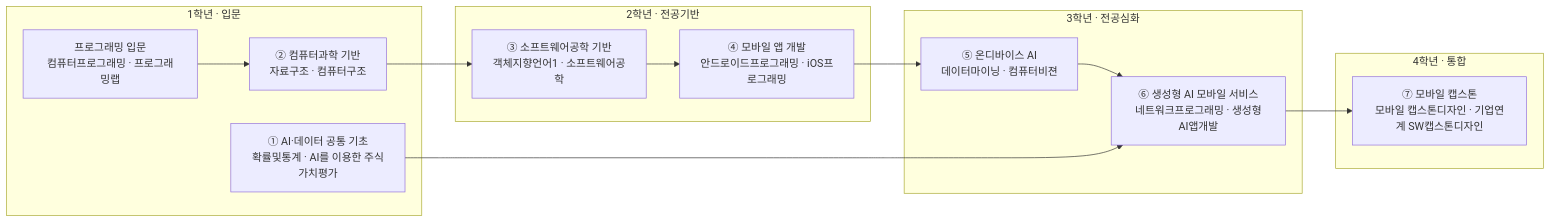
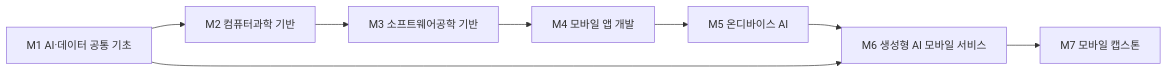
The diagram in docs/it/mobile-software.md (parclab-hsu/ai-curriculum-2026), drawn with Mermaid before and after one commit. The commit also changed other lines of this file and 22 other files, not shown here.

````diff
--- a/docs/it/mobile-software.md
+++ b/docs/it/mobile-software.md
@@ -126,21 +138,5 @@
 ```mermaid
 flowchart LR
-  subgraph Y1["1학년 · 입문"]
-    A0["프로그래밍 입문<br/>컴퓨터프로그래밍 · 프로그래밍랩"]
-    M1["① AI·데이터 공통 기초<br/>확률및통계 · AI를 이용한 주식가치평가"]
-    M2["② 컴퓨터과학 기반<br/>자료구조 · 컴퓨터구조"]
-  end
-  subgraph Y2["2학년 · 전공기반"]
-    M3["③ 소프트웨어공학 기반<br/>객체지향언어1 · 소프트웨어공학"]
-    M4["④ 모바일 앱 개발<br/>안드로이드프로그래밍 · iOS프로그래밍"]
-  end
-  subgraph Y3["3학년 · 전공심화"]
-    M5["⑤ 온디바이스 AI<br/>데이터마이닝 · 컴퓨터비젼"]
-    M6["⑥ 생성형 AI 모바일 서비스<br/>네트워크프로그래밍 · 생성형AI앱개발"]
-  end
-  subgraph Y4["4학년 · 통합"]
-    CAP["⑦ 모바일 캡스톤<br/>모바일 캡스톤디자인 · 기업연계 SW캡스톤디자인"]
-  end
-  A0 --> M2 --> M3 --> M4 --> M5 --> M6 --> CAP
+  M1["M1 AI·데이터 공통 기초"] --> M2["M2 컴퓨터과학 기반"] --> M3["M3 소프트웨어공학 기반"] --> M4["M4 모바일 앱 개발"] --> M5["M5 온디바이스 AI"] --> M6["M6 생성형 AI 모바일 서비스"] --> M7["M7 모바일 캡스톤"]
   M1 --> M6
 ```
````
